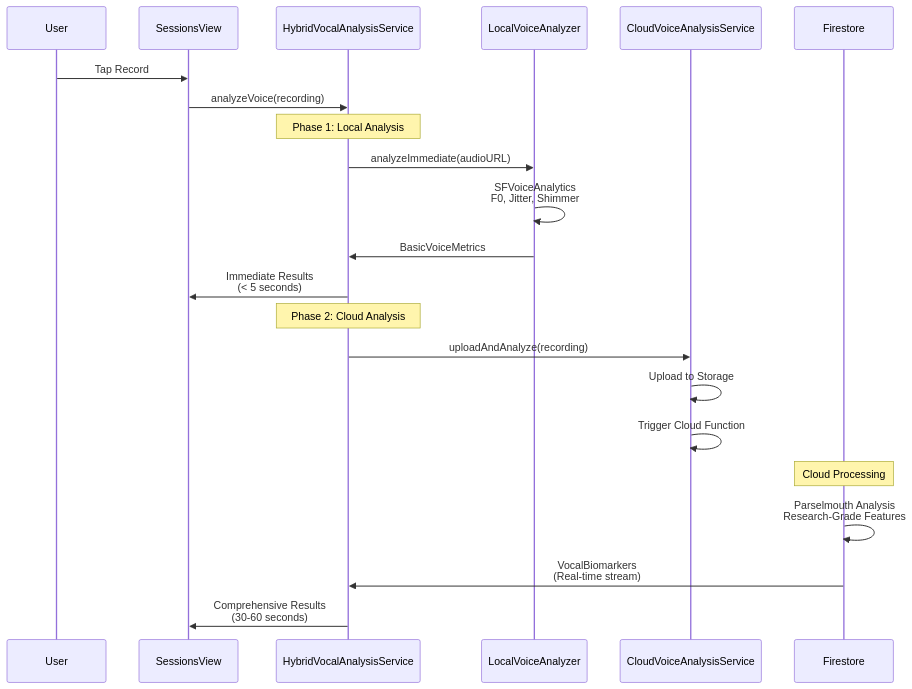
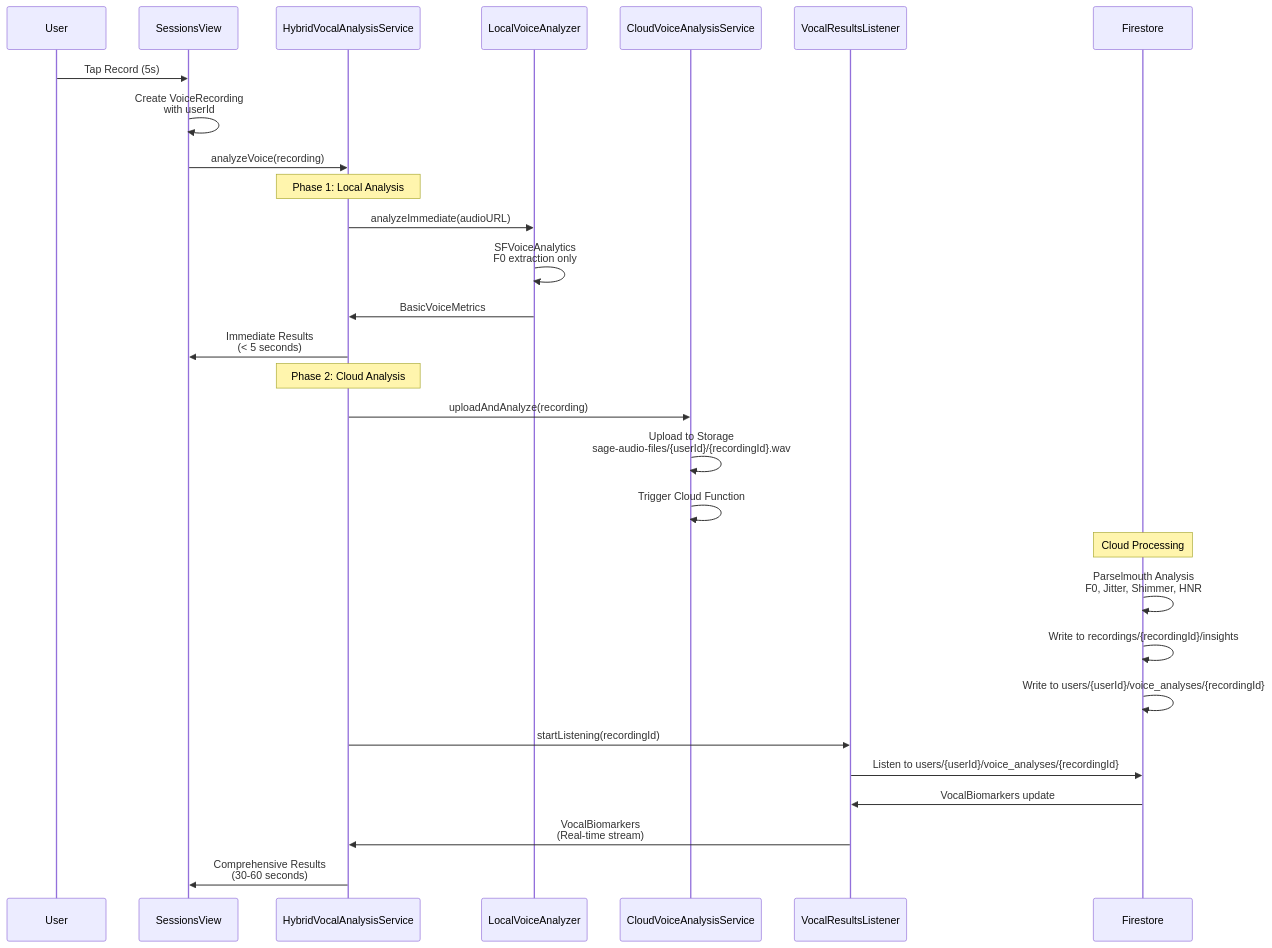
The fourth of 13 diagrams in ARCHITECTURE.md (PoisonIvory/sage), drawn with Mermaid before and after one commit. The commit also changed other lines of this file and 20 other files, not shown here.

````diff
--- a/ARCHITECTURE.md
+++ b/ARCHITECTURE.md
@@ -140,28 +226,36 @@
 ```mermaid
 sequenceDiagram
     participant U as User
     participant S as SessionsView
     participant H as HybridVocalAnalysisService
     participant L as LocalVoiceAnalyzer
     participant C as CloudVoiceAnalysisService
+    participant V as VocalResultsListener
     participant F as Firestore
     
-    U->>S: Tap Record
+    U->>S: Tap Record (5s)
+    S->>S: Create VoiceRecording<br/>with userId
     S->>H: analyzeVoice(recording)
     
     Note over H: Phase 1: Local Analysis
     H->>L: analyzeImmediate(audioURL)
-    L->>L: SFVoiceAnalytics<br/>F0, Jitter, Shimmer
+    L->>L: SFVoiceAnalytics<br/>F0 extraction only
     L->>H: BasicVoiceMetrics
     H->>S: Immediate Results<br/>(< 5 seconds)
     
     Note over H: Phase 2: Cloud Analysis
     H->>C: uploadAndAnalyze(recording)
-    C->>C: Upload to Storage
+    C->>C: Upload to Storage<br/>sage-audio-files/{userId}/{recordingId}.wav
     C->>C: Trigger Cloud Function
     
     Note over F: Cloud Processing
-    F->>F: Parselmouth Analysis<br/>Research-Grade Features
-    F->>H: VocalBiomarkers<br/>(Real-time stream)
+    F->>F: Parselmouth Analysis<br/>F0, Jitter, Shimmer, HNR
+    F->>F: Write to recordings/{recordingId}/insights
+    F->>F: Write to users/{userId}/voice_analyses/{recordingId}
+    
+    H->>V: startListening(recordingId)
+    V->>F: Listen to users/{userId}/voice_analyses/{recordingId}
+    F->>V: VocalBiomarkers update
+    V->>H: VocalBiomarkers<br/>(Real-time stream)
     H->>S: Comprehensive Results<br/>(30-60 seconds)
 ```
````
